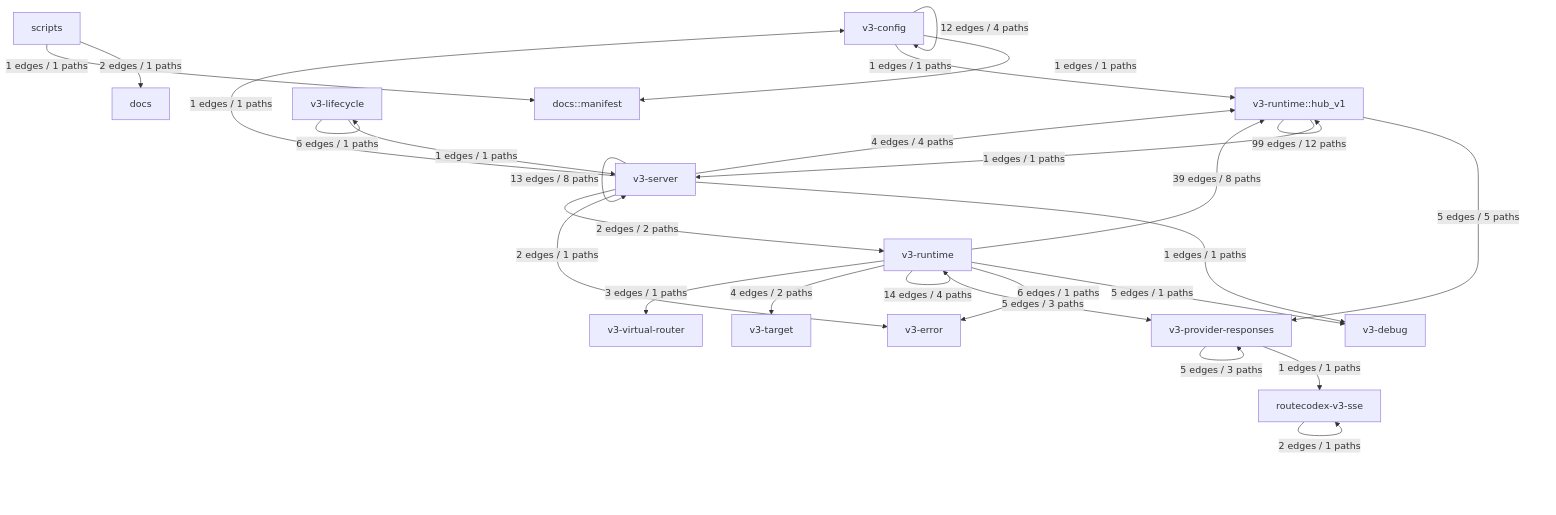
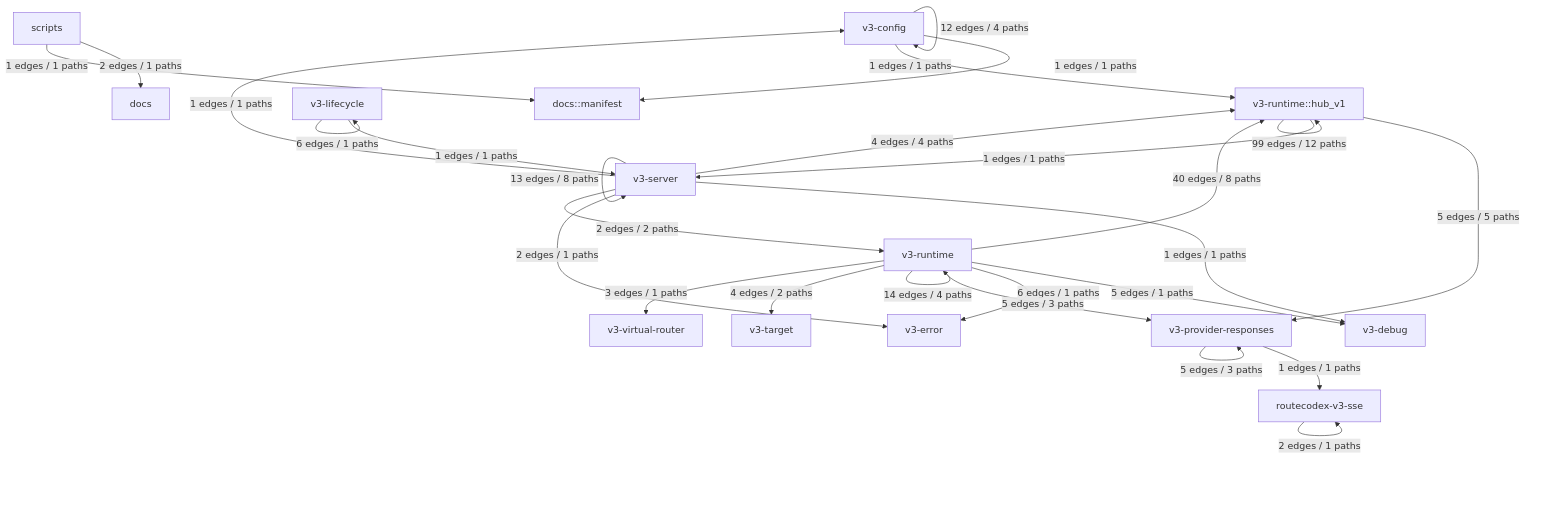
One commit to Jasonzhangf/routecodex changed the first of 37 diagrams in docs/architecture/wiki/v3-mainline-caller-flow.md. Above: the diagram before and after it, drawn with Mermaid. The commit also changed other lines of this file and 10 other files, not shown here.

````diff
--- a/docs/architecture/wiki/v3-mainline-caller-flow.md
+++ b/docs/architecture/wiki/v3-mainline-caller-flow.md
@@ -15,43 +15,43 @@
 ```mermaid
 flowchart TD
   module_docs["docs"]
   module_docs__manifest["docs::manifest"]
   module_routecodex_v3_sse["routecodex-v3-sse"]
   module_scripts["scripts"]
   module_v3_config["v3-config"]
   module_v3_debug["v3-debug"]
   module_v3_error["v3-error"]
   module_v3_lifecycle["v3-lifecycle"]
   module_v3_provider_responses["v3-provider-responses"]
   module_v3_runtime["v3-runtime"]
   module_v3_runtime__hub_v1["v3-runtime::hub_v1"]
   module_v3_server["v3-server"]
   module_v3_target["v3-target"]
   module_v3_virtual_router["v3-virtual-router"]
   module_routecodex_v3_sse -->|2 edges / 1 paths| module_routecodex_v3_sse
   module_scripts -->|2 edges / 1 paths| module_docs
   module_scripts -->|1 edges / 1 paths| module_docs__manifest
   module_v3_config -->|1 edges / 1 paths| module_docs__manifest
   module_v3_config -->|12 edges / 4 paths| module_v3_config
   module_v3_config -->|1 edges / 1 paths| module_v3_runtime__hub_v1
   module_v3_lifecycle -->|6 edges / 1 paths| module_v3_lifecycle
   module_v3_lifecycle -->|1 edges / 1 paths| module_v3_server
   module_v3_provider_responses -->|1 edges / 1 paths| module_routecodex_v3_sse
   module_v3_provider_responses -->|5 edges / 3 paths| module_v3_provider_responses
   module_v3_runtime__hub_v1 -->|5 edges / 5 paths| module_v3_provider_responses
   module_v3_runtime__hub_v1 -->|99 edges / 12 paths| module_v3_runtime__hub_v1
   module_v3_runtime__hub_v1 -->|1 edges / 1 paths| module_v3_server
   module_v3_runtime -->|5 edges / 1 paths| module_v3_debug
   module_v3_runtime -->|6 edges / 1 paths| module_v3_error
   module_v3_runtime -->|5 edges / 3 paths| module_v3_provider_responses
   module_v3_runtime -->|14 edges / 4 paths| module_v3_runtime
-  module_v3_runtime -->|39 edges / 8 paths| module_v3_runtime__hub_v1
+  module_v3_runtime -->|40 edges / 8 paths| module_v3_runtime__hub_v1
   module_v3_runtime -->|4 edges / 2 paths| module_v3_target
   module_v3_runtime -->|3 edges / 1 paths| module_v3_virtual_router
   module_v3_server -->|1 edges / 1 paths| module_v3_config
   module_v3_server -->|1 edges / 1 paths| module_v3_debug
   module_v3_server -->|2 edges / 1 paths| module_v3_error
   module_v3_server -->|2 edges / 2 paths| module_v3_runtime
   module_v3_server -->|4 edges / 4 paths| module_v3_runtime__hub_v1
   module_v3_server -->|13 edges / 8 paths| module_v3_server
 ```
````
